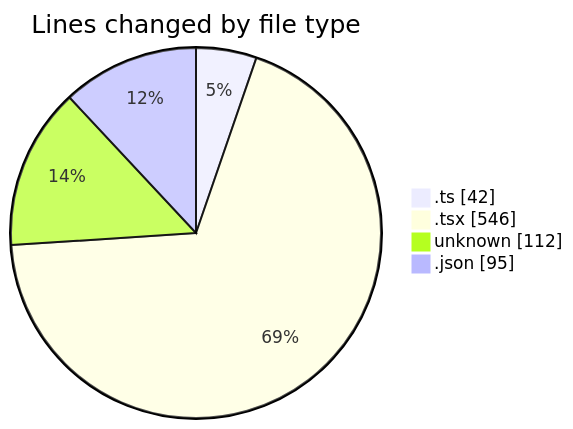
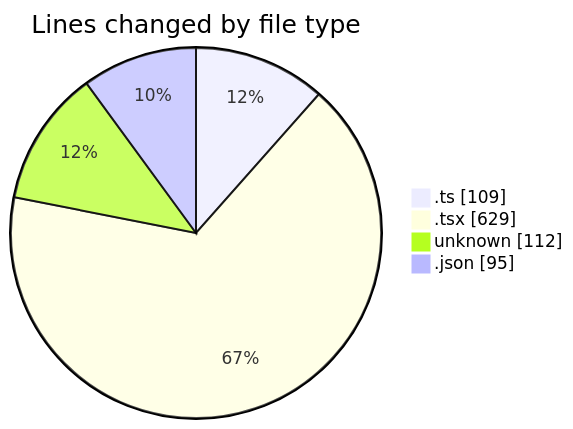
Before and after one commit to momahboobian/code-tracking: the first of 2 diagrams in 2026-04-29/cda/README.md, drawn with Mermaid. The commit also changed other lines of this file and 1 other file, not shown here.

````diff
--- a/2026-04-29/cda/README.md
+++ b/2026-04-29/cda/README.md
@@ -29,8 +31,8 @@
 ```mermaid
 pie showData
 title Lines changed by file type
-".ts" : 42
-".tsx" : 546
+".ts" : 109
+".tsx" : 629
 "unknown" : 112
 ".json" : 95
 ```
````
